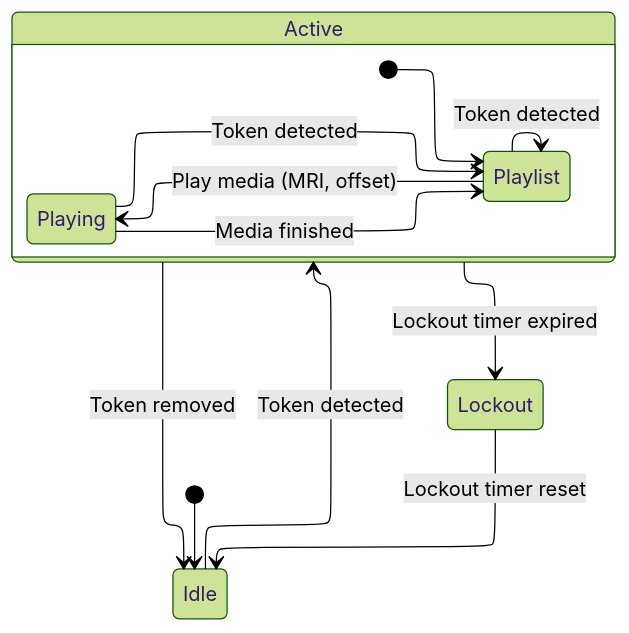
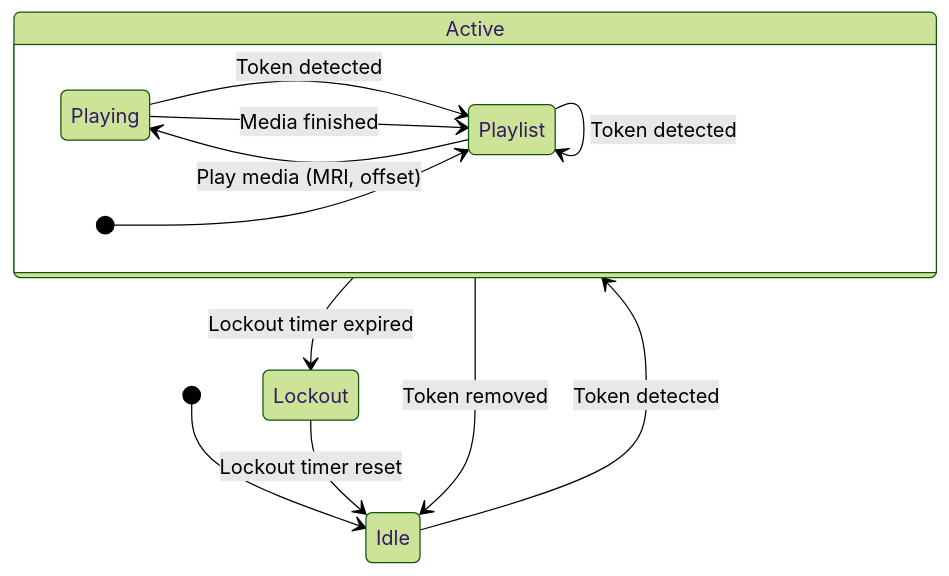
Before and after one commit to francisconroy/phonietv: the diagram in docs/architecture.md, drawn with Mermaid (forest theme).

Commit message:
Is this suppored by GH?

````diff
--- a/docs/architecture.md
+++ b/docs/architecture.md
@@ -2,24 +2,24 @@
 ```mermaid
 ---
 config:
-  layout: elk
+  layout: dagre
 ---
 stateDiagram
   direction TB
   state Active {
     direction LR
     Playing --> Playlist:Token detected
     Playlist --> Playlist:Token detected
     Playlist --> Playing:Play media (MRI, offset)
     Playing --> Playlist:Media finished
     [*] --> Playlist
     Playing
     Playlist
 [*]  }
   [*] --> Idle
   Idle --> Active:Token detected
   Lockout --> Idle:Lockout timer reset
   Active --> Lockout:Lockout timer expired
   Active --> Idle:Token removed
 
 ```
````
